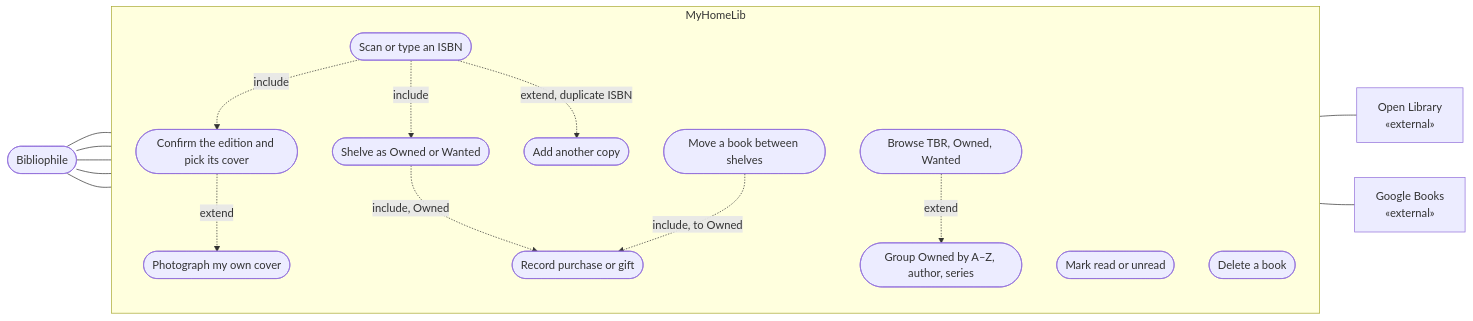
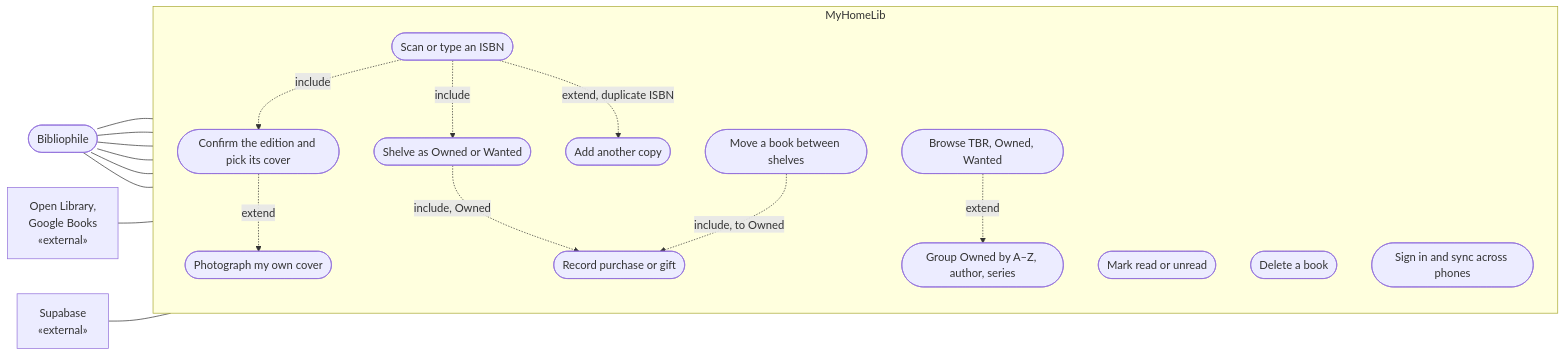
One commit to ghechavarria/cen5064-project-hechavarria changed the diagram in docs/design/diagrams/use-case.mmd. Above: the diagram before and after it, drawn with Mermaid. The commit also changed 23 other files, not shown here.

First line of the commit message:
Diagrams: feature 4 in the C4 and UML views, every figure at 7pt or larger

```diff
--- a/docs/design/diagrams/use-case.mmd
+++ b/docs/design/diagrams/use-case.mmd
@@ -1,32 +1,34 @@
 flowchart LR
     reader(["Bibliophile"])
-    ol["Open Library<br/>«external»"]
-    gb["Google Books<br/>«external»"]
+    books["Open Library,<br/>Google Books<br/>«external»"]
+    sb["Supabase<br/>«external»"]
     subgraph MyHomeLib [MyHomeLib]
         direction TB
         uc1([Scan or type an ISBN])
         uc2([Confirm the edition and pick its cover])
         uc3([Photograph my own cover])
         uc4([Shelve as Owned or Wanted])
         uc5([Record purchase or gift])
         uc6([Mark read or unread])
         uc7([Browse TBR, Owned, Wanted])
         uc8([Group Owned by A–Z, author, series])
         uc9([Move a book between shelves])
         uc10([Delete a book])
         uc11([Add another copy])
+        uc12([Sign in and sync across phones])
     end
     reader --- uc1
     reader --- uc7
     reader --- uc6
     reader --- uc9
     reader --- uc10
+    reader --- uc12
     uc1 -. include .-> uc2
     uc2 -. extend .-> uc3
     uc1 -. include .-> uc4
     uc4 -. include, Owned .-> uc5
     uc1 -. extend, duplicate ISBN .-> uc11
     uc7 -. extend .-> uc8
     uc9 -. include, to Owned .-> uc5
-    uc1 --- ol
-    uc1 --- gb
+    books --- uc1
+    sb --- uc12
```
